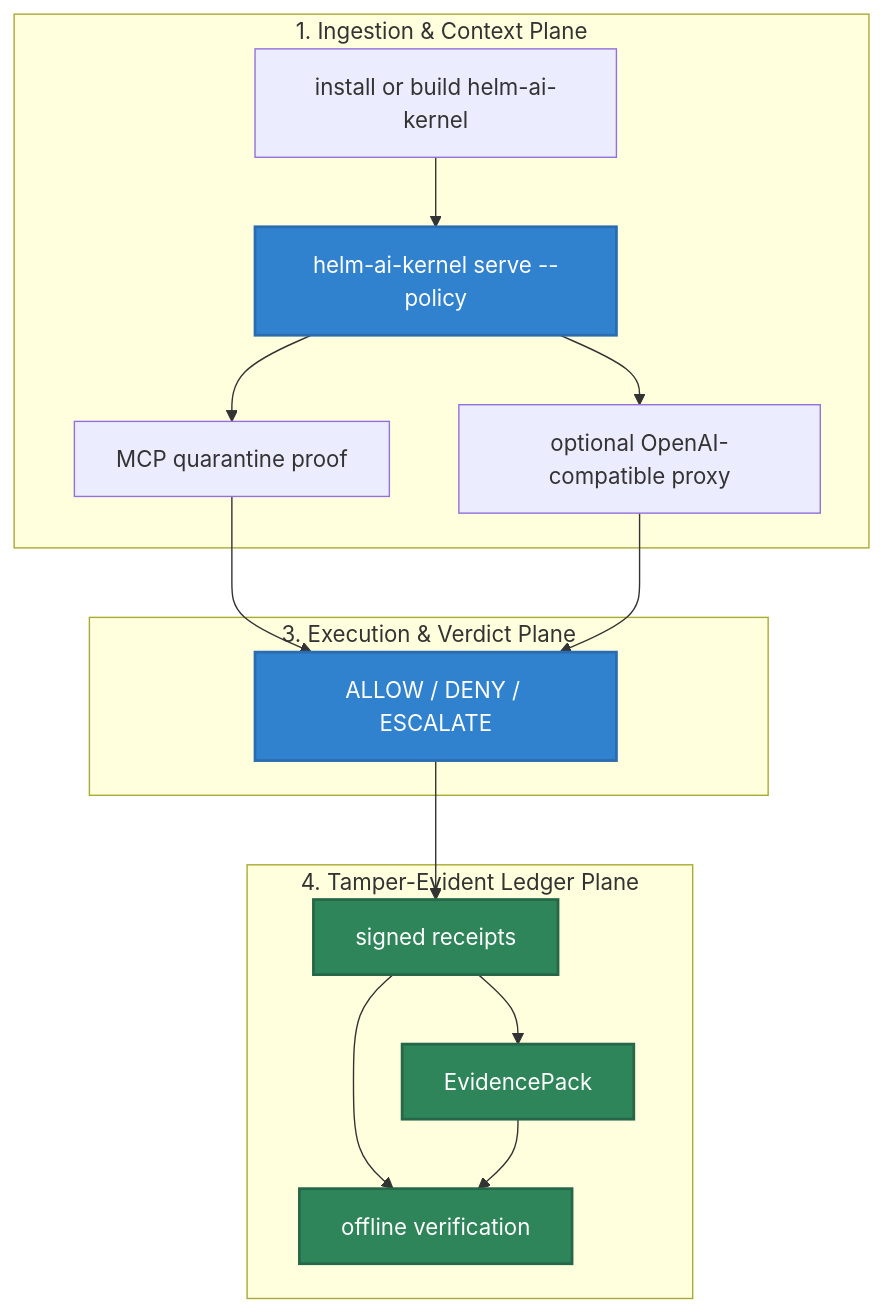
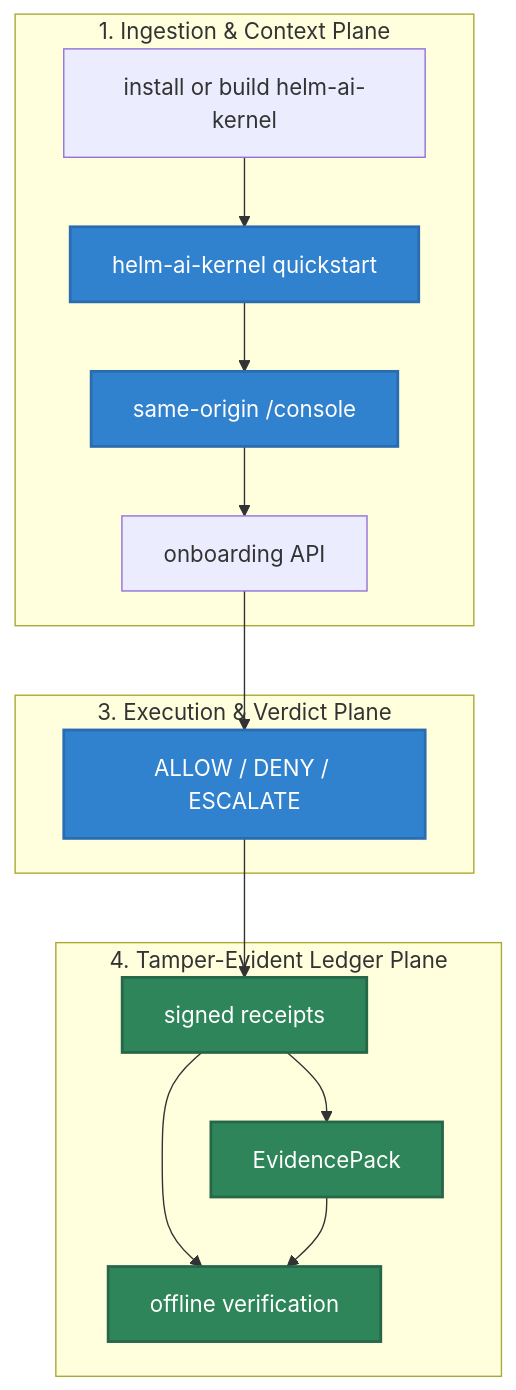
One commit to Mindburn-Labs/helm-ai-kernel changed the diagram in docs/QUICKSTART.md. Above: the diagram before and after it, drawn with Mermaid. The commit also changed other lines of this file and 21 other files, not shown here.

Commit message:
feat: add OSS local console quickstart

````diff
--- a/docs/QUICKSTART.md
+++ b/docs/QUICKSTART.md
@@ -25,37 +26,37 @@
 ```mermaid
 flowchart TD
     subgraph Ingestion["1. Ingestion & Context Plane"]
         Install["install or build helm-ai-kernel"]
-        Serve["helm-ai-kernel serve --policy"]
-        MCP["MCP quarantine proof"]
-        Proxy["optional OpenAI-compatible proxy"]
+        Quickstart["helm-ai-kernel quickstart"]
+        Console["same-origin /console"]
+        API["onboarding API"]
     end
 
     subgraph Execution["3. Execution & Verdict Plane"]
         Verdict["ALLOW / DENY / ESCALATE"]
     end
 
     subgraph Ledger["4. Tamper-Evident Ledger Plane"]
         Receipts["signed receipts"]
         Evidence["EvidencePack"]
         Verify["offline verification"]
     end
 
     %% Operational Flow Edges
-    Install --> Serve
-    Serve --> MCP
-    Serve --> Proxy
-    MCP --> Verdict
-    Proxy --> Verdict
+    Install --> Quickstart
+    Quickstart --> Console
+    Console --> API
+    API --> Verdict
     Verdict --> Receipts
     Receipts --> Verify
     Receipts --> Evidence
     Evidence --> Verify
 
     %% Premium Styling Rules
-    style Serve fill:#3182ce,stroke:#2b6cb0,stroke-width:2px,color:#fff
+    style Quickstart fill:#3182ce,stroke:#2b6cb0,stroke-width:2px,color:#fff
+    style Console fill:#3182ce,stroke:#2b6cb0,stroke-width:2px,color:#fff
     style Verdict fill:#3182ce,stroke:#2b6cb0,stroke-width:2px,color:#fff
     style Receipts fill:#2f855a,stroke:#276749,stroke-width:2px,color:#fff
     style Evidence fill:#2f855a,stroke:#276749,stroke-width:2px,color:#fff
     style Verify fill:#2f855a,stroke:#276749,stroke-width:2px,color:#fff
 ```
````
